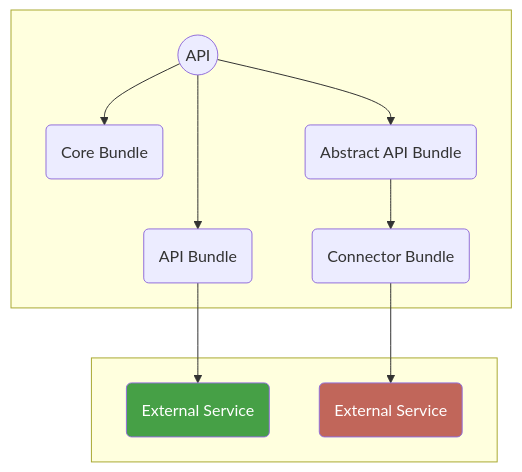
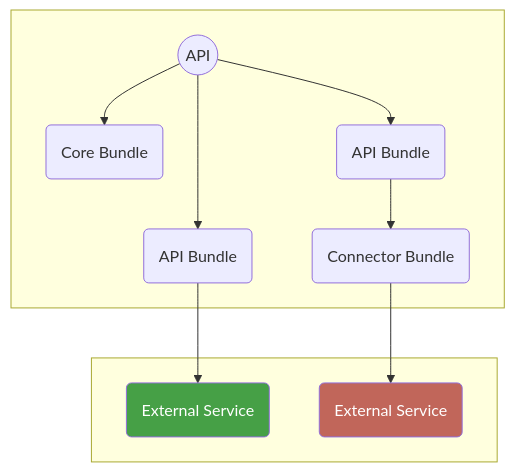
One commit to digital-blueprint/handbook changed the diagram in docs/relay/extending_with_bundles.md. Above: the diagram before and after it, drawn with Mermaid. The commit also changed other lines of this file, not shown here.

First line of the commit message:
extending: remove the abstract bundle type again

````diff
--- a/docs/relay/extending_with_bundles.md
+++ b/docs/relay/extending_with_bundles.md
@@ -17,25 +24,25 @@
 ```mermaid
 graph TD
     style ext_service1 fill:#46A046,color:#fff
     style ext_service2 fill:#C1665A,color:#fff
 
     subgraph  ""
         api(("API"))
         core_bundle("Core Bundle")
-        api_bundle("API Bundle")
-        abstract_api_bundle("Abstract API Bundle")
+        api_bundle1("API Bundle")
+        api_bundle2("API Bundle")
         connector_bundle("Connector Bundle")
     end
 
     subgraph  ""
         ext_service1("External Service")
         ext_service2("External Service")
     end
 
     api --> core_bundle
-    api --> api_bundle
-    api --> abstract_api_bundle
-    api_bundle --> ext_service1
+    api --> api_bundle1
+    api --> api_bundle2
+    api_bundle1 --> ext_service1
     connector_bundle --> ext_service2
-    abstract_api_bundle --> connector_bundle
+    api_bundle2 --> connector_bundle
 ```
````
